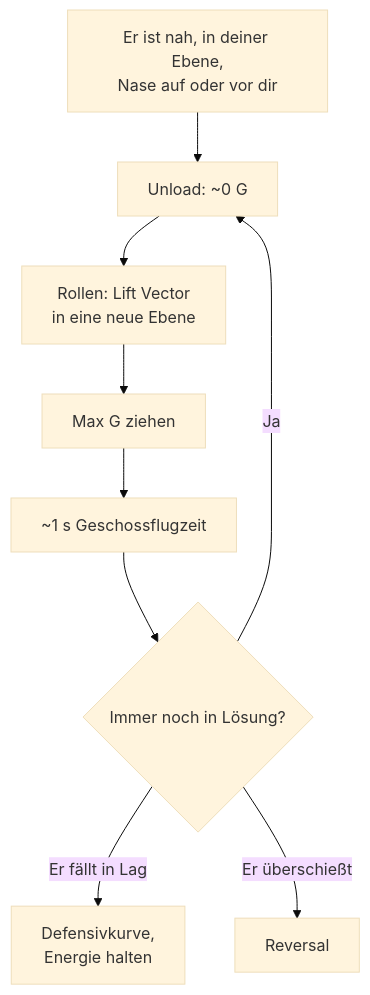
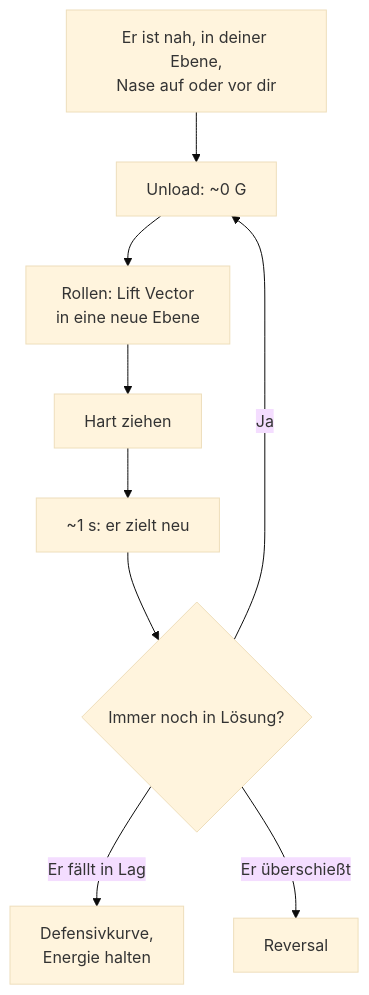
Before and after one commit to lukaio3D/VFM_Wiki: the diagram in docs/grundlagen/defensiv/guns-defense.md, drawn with Mermaid (base theme). The commit also changed other lines of this file and 40 other files, not shown here.

````diff
--- a/docs/grundlagen/defensiv/guns-defense.md
+++ b/docs/grundlagen/defensiv/guns-defense.md
@@ -19,11 +33,11 @@
 ```mermaid
 flowchart TD
     A["Er ist nah, in deiner Ebene,<br/>Nase auf oder vor dir"] --> U["Unload: ~0 G"]
     U --> R["Rollen: Lift Vector<br/>in eine neue Ebene"]
-    R --> P["Max G ziehen"]
-    P --> W["~1 s Geschossflugzeit"]
+    R --> P["Hart ziehen"]
+    P --> W["~1 s: er zielt neu"]
     W --> Q{"Immer noch in Lösung?"}
     Q -->|Ja| U
     Q -->|"Er fällt in Lag"| D["Defensivkurve,<br/>Energie halten"]
     Q -->|"Er überschießt"| REV["Reversal"]
 ```
````
